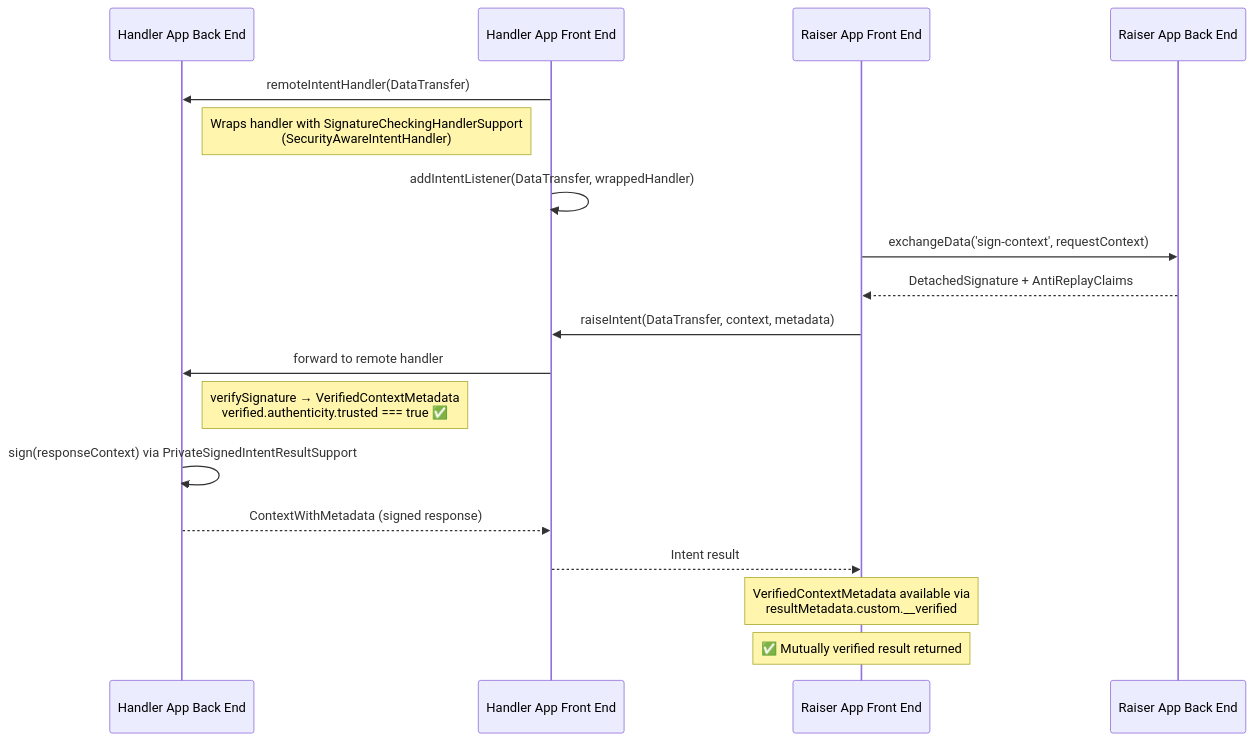
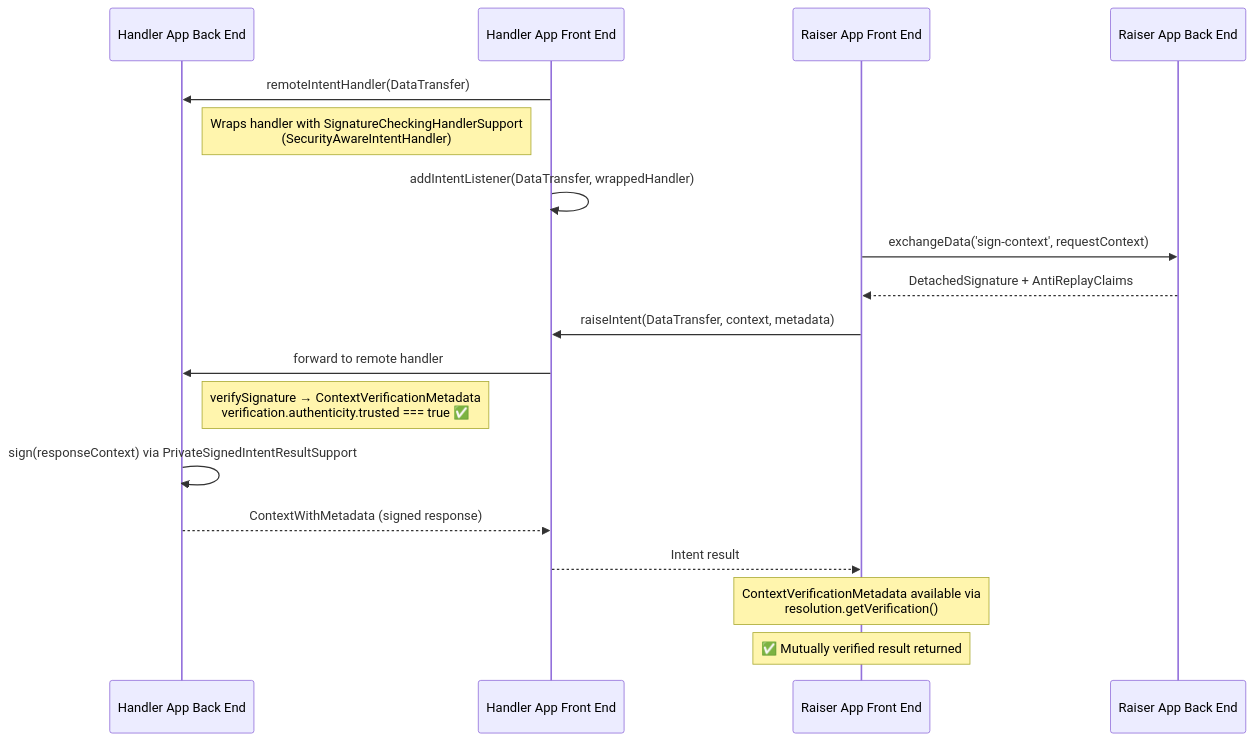
The fourth of 5 diagrams in packages/fdc3-security/samples/README.md (finos/FDC3), drawn with Mermaid before and after one commit. The commit also changed other lines of this file and 21 other files, not shown here.

Commit message:
Improving reader comprehension by changing VerifiedContextMetadata to ContextVerificationMetadata and adding documentation throughout fdc3-security

````diff
--- a/packages/fdc3-security/samples/README.md
+++ b/packages/fdc3-security/samples/README.md
@@ -140,25 +140,25 @@
 ```mermaid
 sequenceDiagram
     participant HBE as Handler App Back End
     participant HFE as Handler App Front End
     participant RFE as Raiser App Front End
     participant RBE as Raiser App Back End
 
     HFE->>HBE: remoteIntentHandler(DataTransfer)
     Note right of HBE: Wraps handler with SignatureCheckingHandlerSupport<br/>(SecurityAwareIntentHandler)
     HFE->>HFE: addIntentListener(DataTransfer, wrappedHandler)
 
     RFE->>RBE: exchangeData('sign-context', requestContext)
     RBE-->>RFE: DetachedSignature + AntiReplayClaims
 
     RFE->>HFE: raiseIntent(DataTransfer, context, metadata)
     HFE->>HBE: forward to remote handler
 
-    Note right of HBE: verifySignature → VerifiedContextMetadata<br/>verified.authenticity.trusted === true ✅
+    Note right of HBE: verifySignature → ContextVerificationMetadata<br/>verification.authenticity.trusted === true ✅
     HBE->>HBE: sign(responseContext) via PrivateSignedIntentResultSupport
     HBE-->>HFE: ContextWithMetadata (signed response)
     HFE-->>RFE: Intent result
 
-    Note over RFE: VerifiedContextMetadata available via<br/>resultMetadata.custom.__verified
+    Note over RFE: ContextVerificationMetadata available via<br/>resolution.getVerification()
     Note over RFE: ✅ Mutually verified result returned
 ```
````
